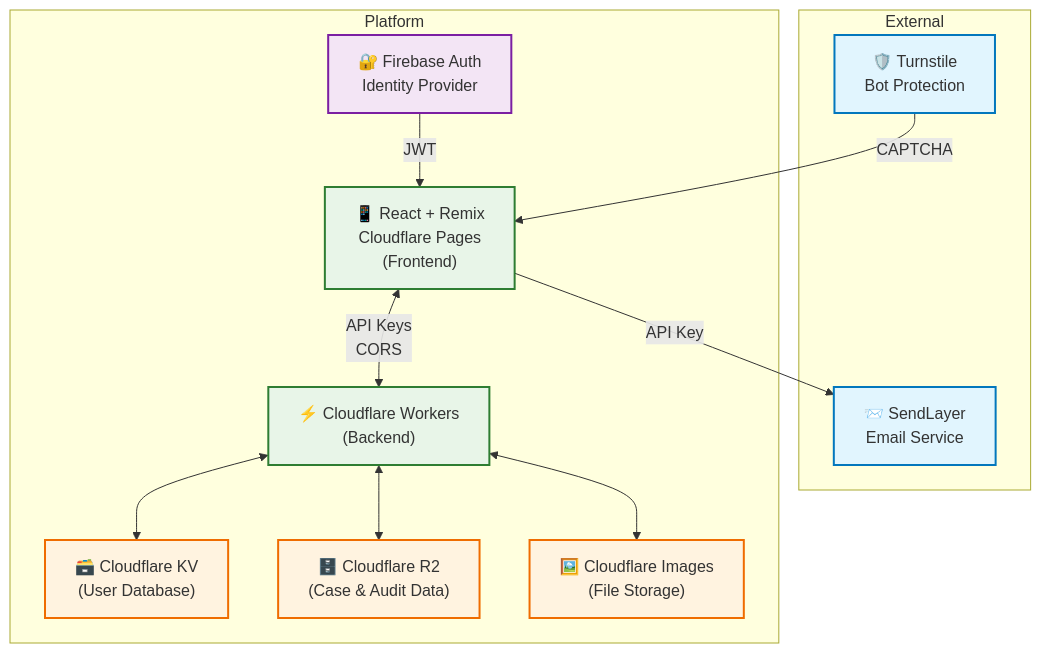
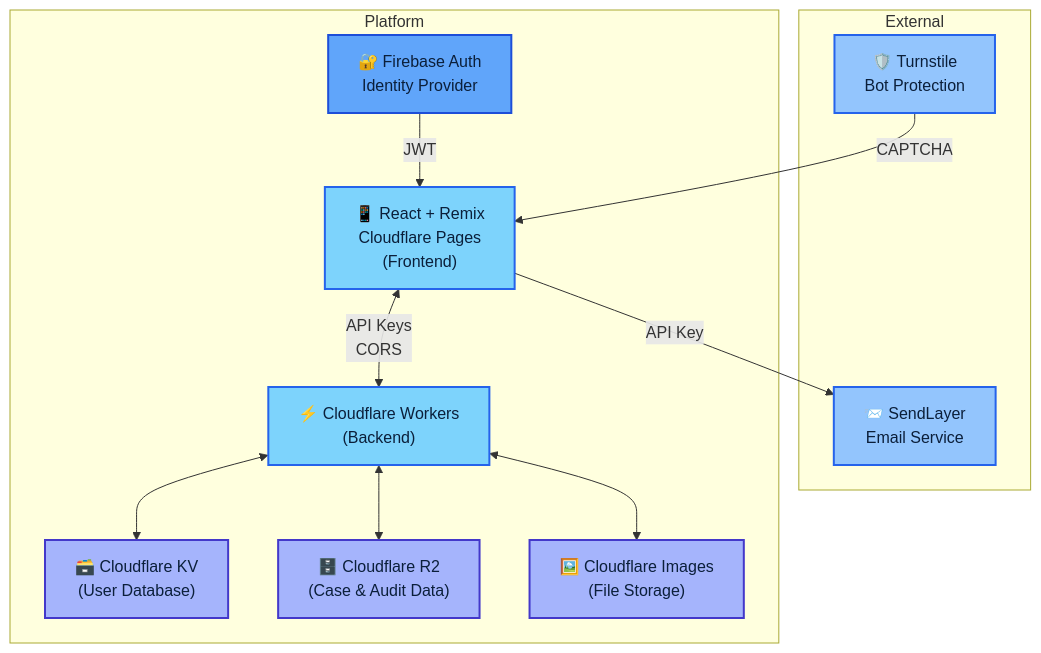
Before and after one commit to striae-org/striae-dev: the diagram in public/guides/developers/ARCHITECTURE.md, drawn with Mermaid.

Commit message:
upd architecture diagram colors

````diff
--- a/public/guides/developers/ARCHITECTURE.md
+++ b/public/guides/developers/ARCHITECTURE.md
@@ -63,49 +63,49 @@
 ```mermaid
 graph TB
     %% External Services (Top Level) - Force positioning with subgraph
     subgraph "External"
         Turnstile["🛡️ Turnstile<br/>Bot Protection"]
         SendLayer["📨 SendLayer<br/>Email Service"]
     end
     
     %% Platform Services
     subgraph "Platform"
         %% Authentication Layer
         Firebase["🔐 Firebase Auth<br/>Identity Provider"]
         
         %% Application Layer - Frontend
         Frontend["📱 React + Remix<br/>Cloudflare Pages<br/>(Frontend)"]
         
         %% Application Layer - Backend
         Backend["⚡ Cloudflare Workers<br/>(Backend)"]
         
         %% Storage Layer
         KV["🗃️ Cloudflare KV<br/>(User Database)"]
         R2["🗄️ Cloudflare R2<br/>(Case & Audit Data)"]
         Images["🖼️ Cloudflare Images<br/>(File Storage)"]
     end
     
     %% Authentication Flow
     Firebase -->|JWT| Frontend
     Turnstile -->|CAPTCHA| Frontend
     Frontend -->|API Key| SendLayer
     
     %% Application Communication
     Frontend <-->|API Keys<br />CORS| Backend
     
     %% Storage Connections
     Backend <--> KV
     Backend <--> R2
     Backend <--> Images
     
     %% Styling
-    classDef external fill:#e1f5fe,stroke:#0277bd,stroke-width:2px
-    classDef auth fill:#f3e5f5,stroke:#7b1fa2,stroke-width:2px
-    classDef app fill:#e8f5e8,stroke:#2e7d32,stroke-width:2px
-    classDef storage fill:#fff3e0,stroke:#ef6c00,stroke-width:2px
+    classDef external fill:#93c5fd,stroke:#2563eb,stroke-width:2px,color:#0b1f3a
+    classDef auth fill:#60a5fa,stroke:#1d4ed8,stroke-width:2px,color:#0b1f3a
+    classDef app fill:#7dd3fc,stroke:#2563eb,stroke-width:2px,color:#0b1f3a
+    classDef storage fill:#a5b4fc,stroke:#4338ca,stroke-width:2px,color:#0b1f3a
     
     class Turnstile,SendLayer external
     class Firebase auth
     class Frontend,Backend app
     class KV,R2,Images storage
 ```
````
